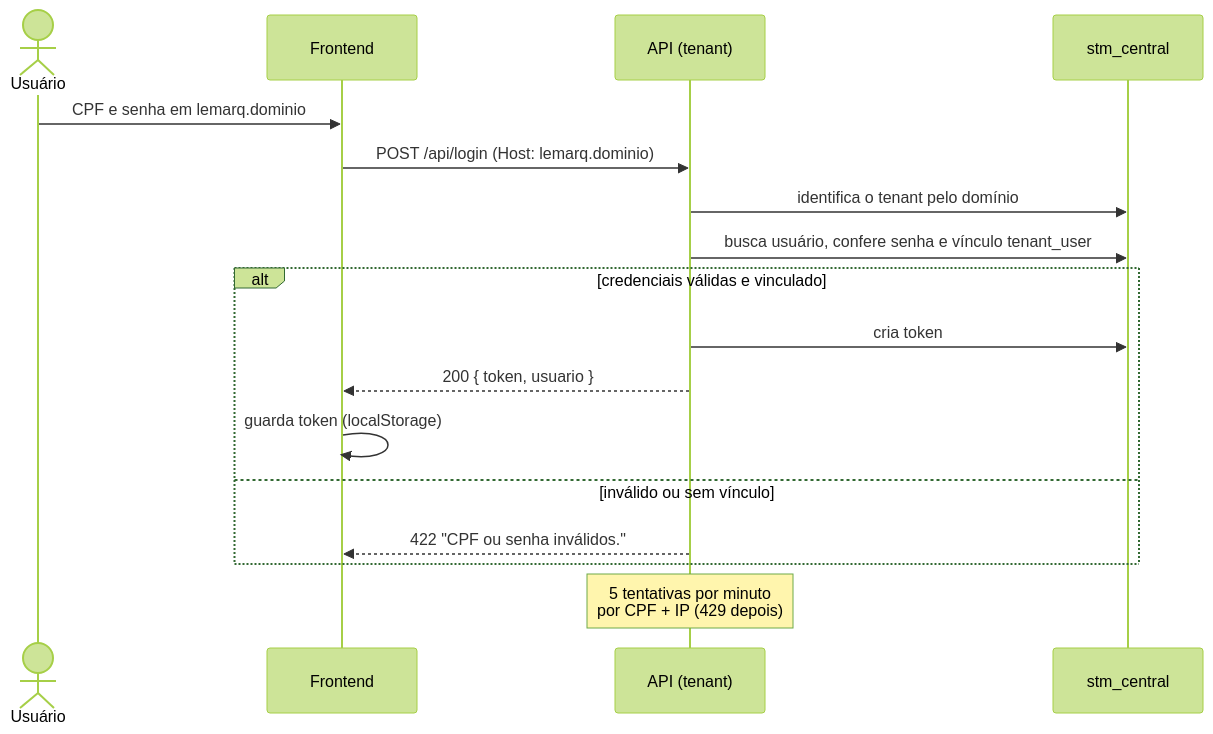
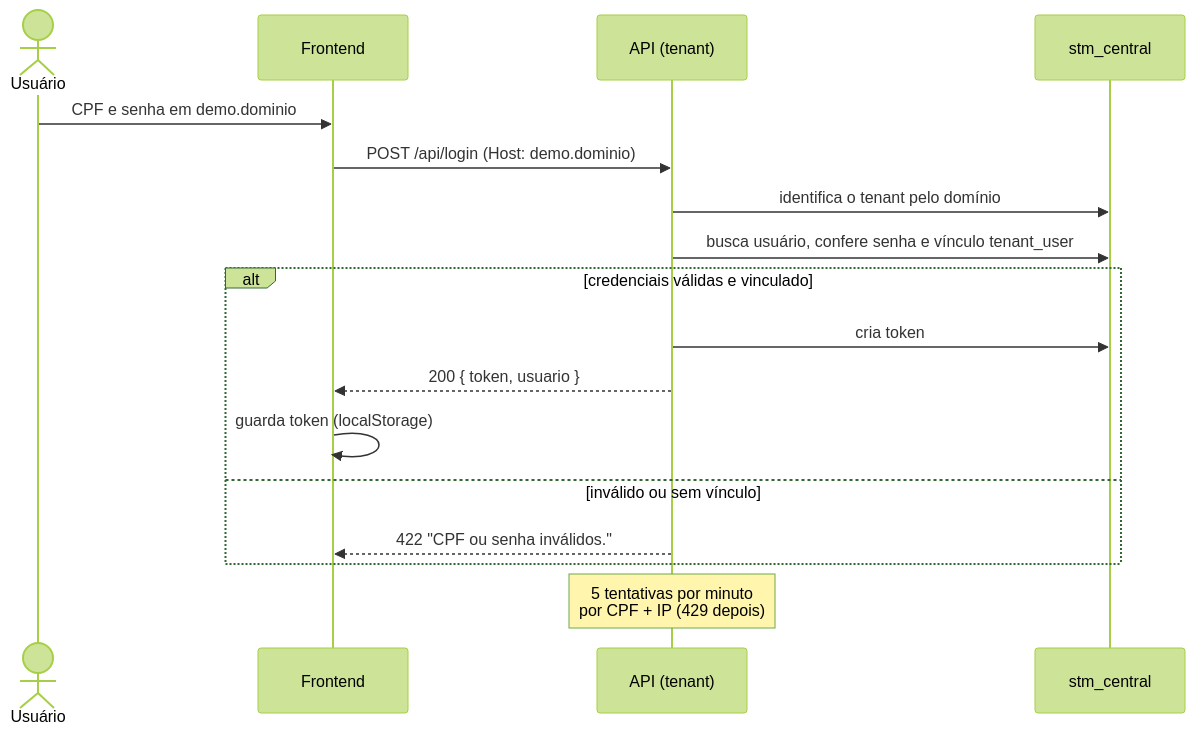
Before and after one commit to CristovaoCarlos/ERP-Estudos: the third of 5 diagrams in docs/arquitetura/arc42.md, drawn with Mermaid (forest theme). The commit also changed other lines of this file and 49 other files, not shown here.

````diff
--- a/docs/arquitetura/arc42.md
+++ b/docs/arquitetura/arc42.md
@@ -138,20 +138,20 @@
 ```mermaid
 sequenceDiagram
     actor U as Usuário
     participant F as Frontend
     participant A as API (tenant)
     participant C as stm_central
 
-    U->>F: CPF e senha em lemarq.dominio
-    F->>A: POST /api/login (Host: lemarq.dominio)
+    U->>F: CPF e senha em demo.dominio
+    F->>A: POST /api/login (Host: demo.dominio)
     A->>C: identifica o tenant pelo domínio
     A->>C: busca usuário, confere senha e vínculo tenant_user
     alt credenciais válidas e vinculado
         A->>C: cria token
         A-->>F: 200 { token, usuario }
         F->>F: guarda token (localStorage)
     else inválido ou sem vínculo
         A-->>F: 422 "CPF ou senha inválidos."
     end
     Note over A: 5 tentativas por minuto<br/>por CPF + IP (429 depois)
 ```
````
